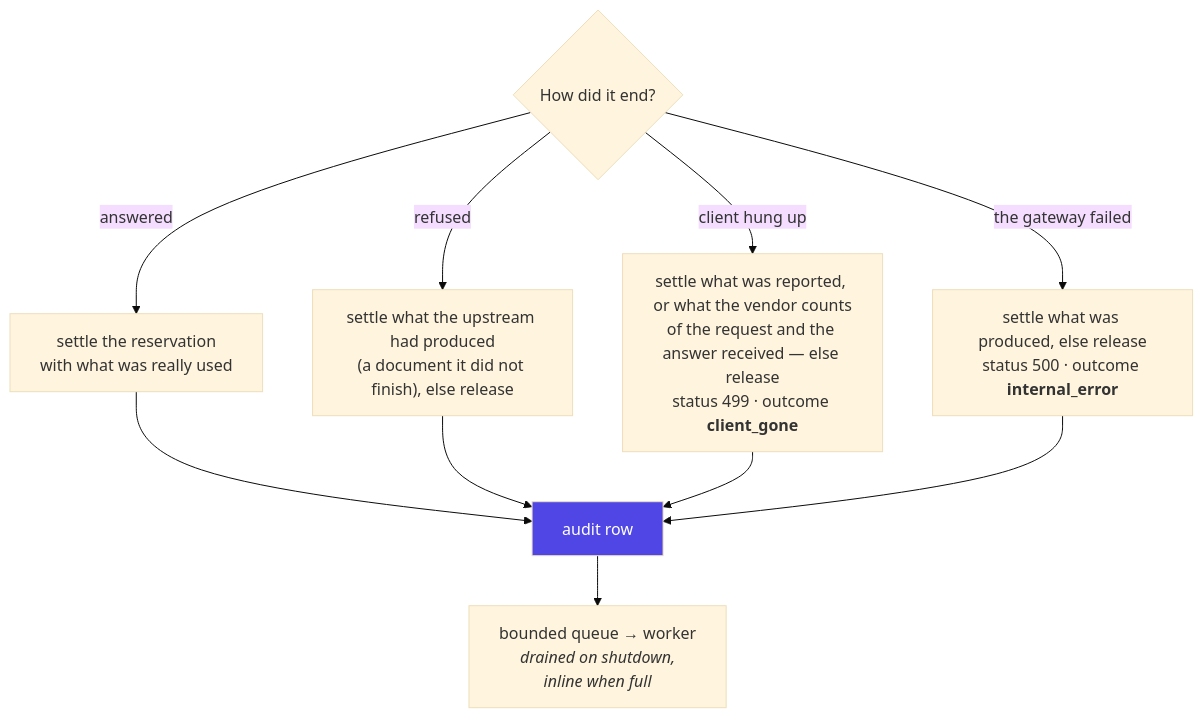
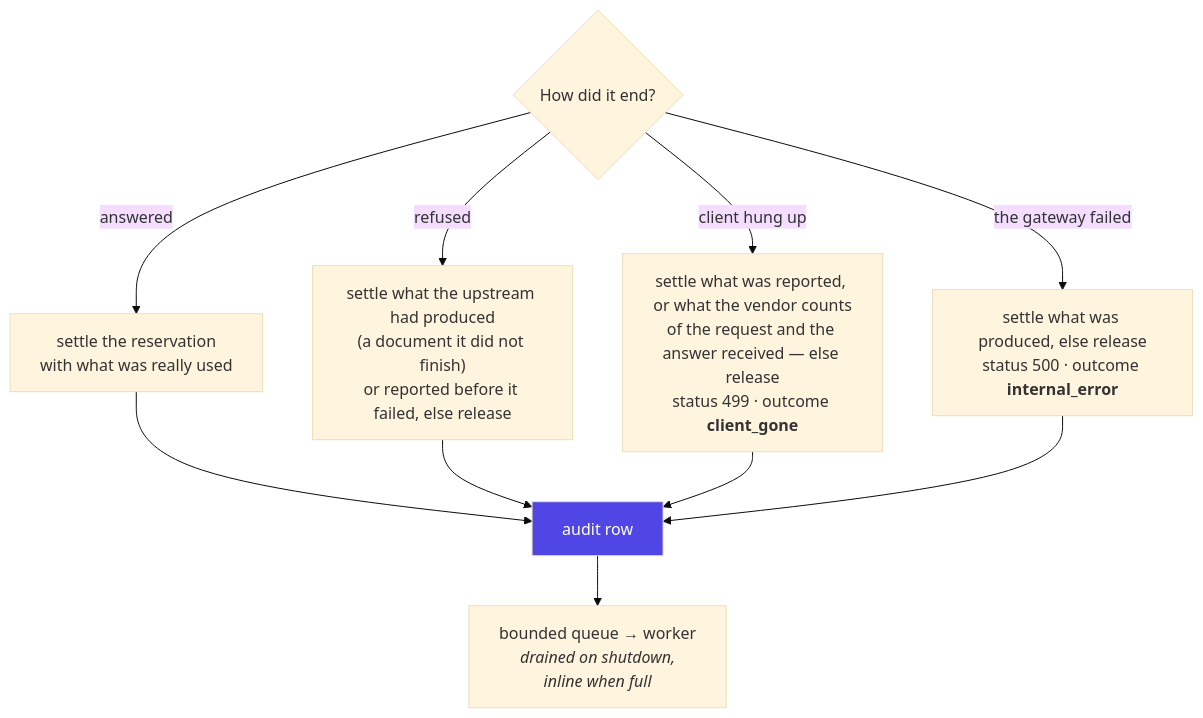
The fifth of 6 diagrams in docs/REQUEST-LIFECYCLE.md (InigoImago/AIRA-Gateway), drawn with Mermaid (base theme) before and after one commit. The commit also changed other lines of this file and 228 other files, not shown here.

````diff
--- a/docs/REQUEST-LIFECYCLE.md
+++ b/docs/REQUEST-LIFECYCLE.md
@@ -593,15 +624,15 @@
 ```mermaid
 graph TB
     exit{"How did it end?"}
     exit -->|"answered"| settle["settle the reservation<br/>with what was really used"]
-    exit -->|"refused"| refused["settle what the upstream had produced<br/>(a document it did not finish), else release"]
+    exit -->|"refused"| refused["settle what the upstream had produced<br/>(a document it did not finish)<br/>or reported before it failed, else release"]
     exit -->|"client hung up"| cancel["settle what was reported, or what the vendor counts<br/>of the request and the answer received — else release<br/>status 499 · outcome <b>client_gone</b>"]
     exit -->|"the gateway failed"| fail["settle what was produced, else release<br/>status 500 · outcome <b>internal_error</b>"]
     settle --> row["audit row"]
     refused --> row
     cancel --> row
     fail --> row
     row --> queue["bounded queue → worker<br/><i>drained on shutdown,<br/>inline when full</i>"]
 
     style row fill:#4f46e5,color:#fff
 ```
````
